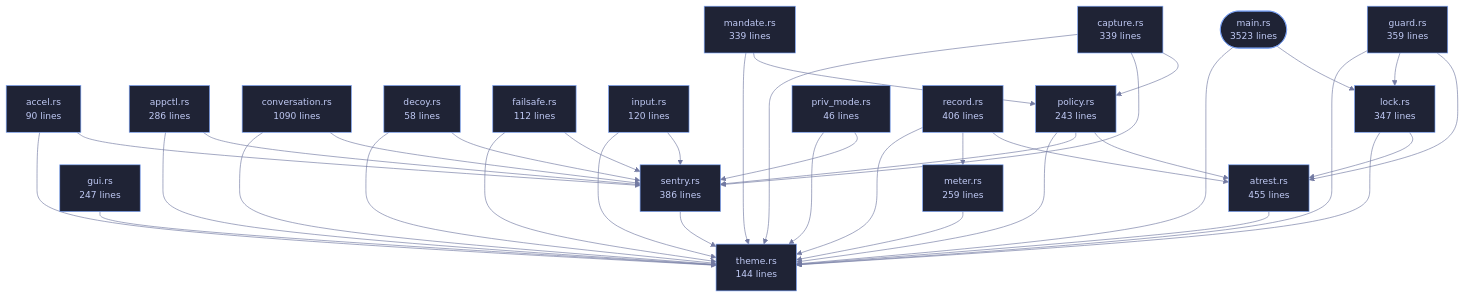
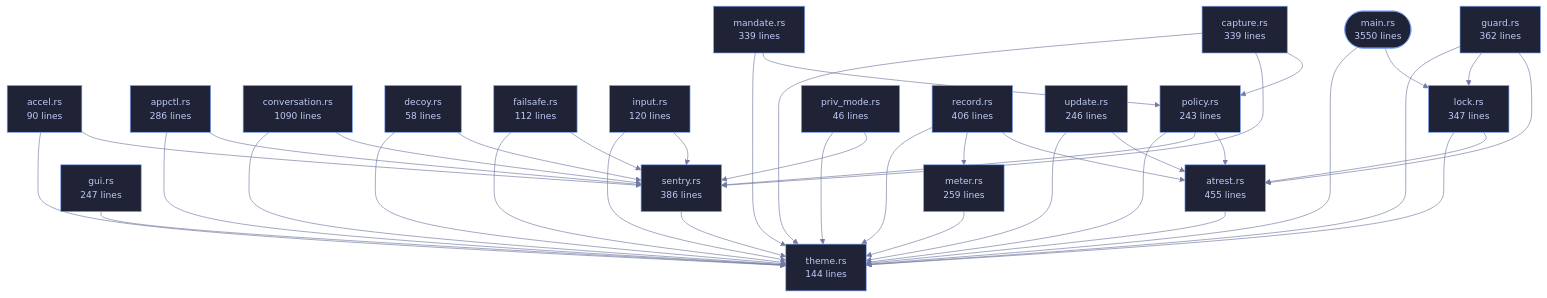
The diagram in crates/veilvoice-cli/README.md (tilas01/veilvoice), drawn with Mermaid before and after one commit. The commit also changed other lines of this file and 115 other files, not shown here.

````diff
--- a/crates/veilvoice-cli/README.md
+++ b/crates/veilvoice-cli/README.md
@@ -110,78 +110,82 @@
 ```mermaid
 %%{init: {"theme":"base","themeVariables":{"background":"#1a1b26","primaryColor":"#1f2335","primaryTextColor":"#c0caf5","primaryBorderColor":"#7aa2f7","secondaryColor":"#16161e","tertiaryColor":"#16161e","lineColor":"#737aa2","textColor":"#c0caf5","mainBkg":"#1f2335","nodeBorder":"#7aa2f7","clusterBkg":"#16161e","clusterBorder":"#2f3549","fontFamily":"ui-monospace, SFMono-Regular, Consolas, monospace","fontSize":"14px"}}}%%
 flowchart TD
-    n_main(["main.rs<br/>3523 lines"])
+    n_main(["main.rs<br/>3550 lines"])
     n_accel["accel.rs<br/>90 lines"]
     n_appctl["appctl.rs<br/>286 lines"]
     n_atrest["atrest.rs<br/>455 lines"]
     n_capture["capture.rs<br/>339 lines"]
     n_conversation["conversation.rs<br/>1090 lines"]
     n_decoy["decoy.rs<br/>58 lines"]
     n_failsafe["failsafe.rs<br/>112 lines"]
-    n_guard["guard.rs<br/>359 lines"]
+    n_guard["guard.rs<br/>362 lines"]
     n_gui["gui.rs<br/>247 lines"]
     n_input["input.rs<br/>120 lines"]
     n_lock["lock.rs<br/>347 lines"]
     n_mandate["mandate.rs<br/>339 lines"]
     n_meter["meter.rs<br/>259 lines"]
     n_policy["policy.rs<br/>243 lines"]
     n_priv_mode["priv_mode.rs<br/>46 lines"]
     n_record["record.rs<br/>406 lines"]
     n_sentry["sentry.rs<br/>386 lines"]
     n_theme["theme.rs<br/>144 lines"]
+    n_update["update.rs<br/>246 lines"]
     n_accel --> n_sentry
     n_accel --> n_theme
     n_appctl --> n_sentry
     n_appctl --> n_theme
     n_atrest --> n_theme
     n_capture --> n_policy
     n_capture --> n_sentry
     n_capture --> n_theme
     n_conversation --> n_sentry
     n_conversation --> n_theme
     n_decoy --> n_sentry
     n_decoy --> n_theme
     n_failsafe --> n_sentry
     n_failsafe --> n_theme
     n_guard --> n_atrest
     n_guard --> n_lock
     n_guard --> n_theme
     n_gui --> n_theme
     n_input --> n_sentry
     n_input --> n_theme
     n_lock --> n_atrest
     n_lock --> n_theme
     n_main --> n_lock
     n_main --> n_theme
     n_mandate --> n_policy
     n_mandate --> n_theme
     n_meter --> n_theme
     n_policy --> n_atrest
     n_policy --> n_sentry
     n_policy --> n_theme
     n_priv_mode --> n_sentry
     n_priv_mode --> n_theme
     n_record --> n_atrest
     n_record --> n_meter
     n_record --> n_theme
     n_sentry --> n_theme
+    n_update --> n_atrest
+    n_update --> n_theme
     click n_main href "https://github.com/tilas01/veilvoice/blob/main/crates/veilvoice-cli/src/main.rs" "open the source"
     click n_accel href "https://github.com/tilas01/veilvoice/blob/main/crates/veilvoice-cli/src/accel.rs" "open the source"
     click n_appctl href "https://github.com/tilas01/veilvoice/blob/main/crates/veilvoice-cli/src/appctl.rs" "open the source"
     click n_atrest href "https://github.com/tilas01/veilvoice/blob/main/crates/veilvoice-cli/src/atrest.rs" "open the source"
     click n_capture href "https://github.com/tilas01/veilvoice/blob/main/crates/veilvoice-cli/src/capture.rs" "open the source"
     click n_conversation href "https://github.com/tilas01/veilvoice/blob/main/crates/veilvoice-cli/src/conversation.rs" "open the source"
     click n_decoy href "https://github.com/tilas01/veilvoice/blob/main/crates/veilvoice-cli/src/decoy.rs" "open the source"
     click n_failsafe href "https://github.com/tilas01/veilvoice/blob/main/crates/veilvoice-cli/src/failsafe.rs" "open the source"
     click n_guard href "https://github.com/tilas01/veilvoice/blob/main/crates/veilvoice-cli/src/guard.rs" "open the source"
     click n_gui href "https://github.com/tilas01/veilvoice/blob/main/crates/veilvoice-cli/src/gui.rs" "open the source"
     click n_input href "https://github.com/tilas01/veilvoice/blob/main/crates/veilvoice-cli/src/input.rs" "open the source"
     click n_lock href "https://github.com/tilas01/veilvoice/blob/main/crates/veilvoice-cli/src/lock.rs" "open the source"
     click n_mandate href "https://github.com/tilas01/veilvoice/blob/main/crates/veilvoice-cli/src/mandate.rs" "open the source"
     click n_meter href "https://github.com/tilas01/veilvoice/blob/main/crates/veilvoice-cli/src/meter.rs" "open the source"
     click n_policy href "https://github.com/tilas01/veilvoice/blob/main/crates/veilvoice-cli/src/policy.rs" "open the source"
     click n_priv_mode href "https://github.com/tilas01/veilvoice/blob/main/crates/veilvoice-cli/src/priv_mode.rs" "open the source"
     click n_record href "https://github.com/tilas01/veilvoice/blob/main/crates/veilvoice-cli/src/record.rs" "open the source"
     click n_sentry href "https://github.com/tilas01/veilvoice/blob/main/crates/veilvoice-cli/src/sentry.rs" "open the source"
     click n_theme href "https://github.com/tilas01/veilvoice/blob/main/crates/veilvoice-cli/src/theme.rs" "open the source"
+    click n_update href "https://github.com/tilas01/veilvoice/blob/main/crates/veilvoice-cli/src/update.rs" "open the source"
 ```
````
